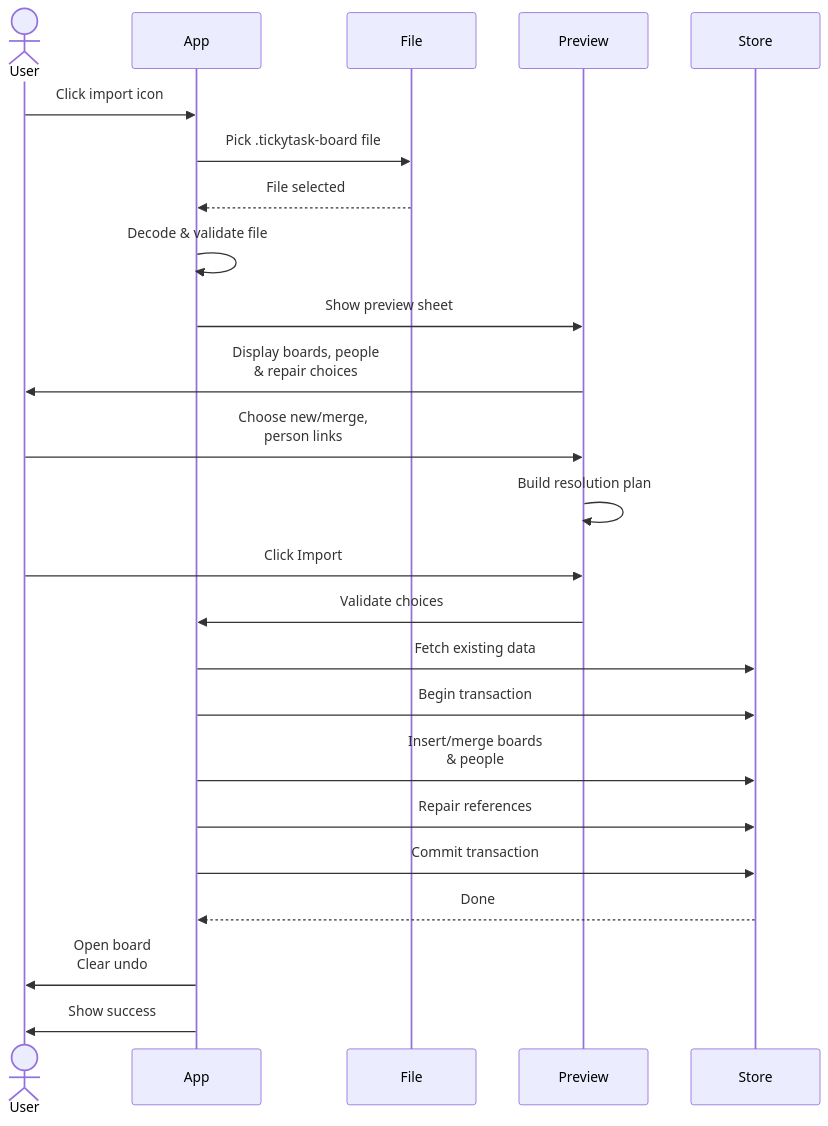
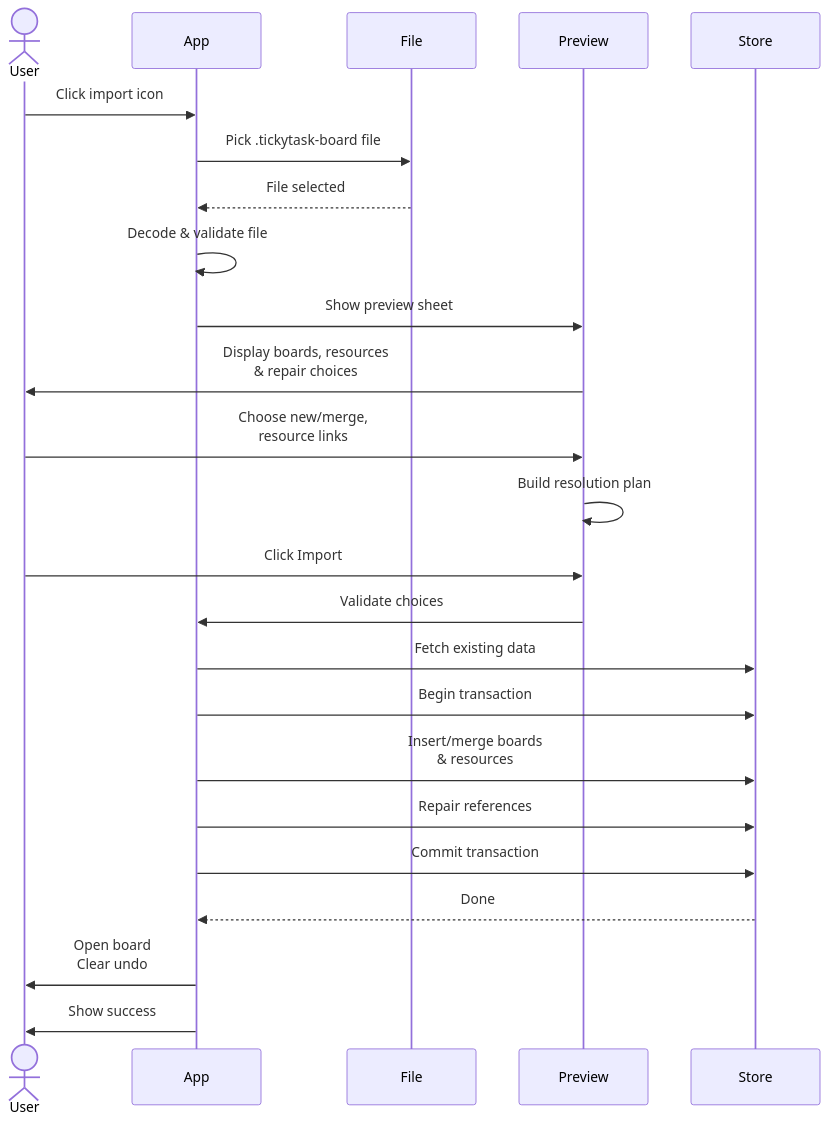
Before and after one commit to nikhilkomakula/ticky-task: the second of 3 diagrams in USER-GUIDE.md, drawn with Mermaid. The commit also changed other lines of this file and 20 other files, not shown here.

First line of the commit message:
Kanban says "resource" instead of person/people; Settings › Kanban › Show allocation in row headers

````diff
--- a/USER-GUIDE.md
+++ b/USER-GUIDE.md
@@ -288,27 +289,27 @@
 ```mermaid
 sequenceDiagram
     actor User
     participant App
     participant File
     participant Preview
     participant Store
     
     User->>App: Click import icon
     App->>File: Pick .tickytask-board file
     File-->>App: File selected
     App->>App: Decode & validate file
     App->>Preview: Show preview sheet
-    Preview->>User: Display boards, people<br/>& repair choices
-    User->>Preview: Choose new/merge,<br/>person links
+    Preview->>User: Display boards, resources<br/>& repair choices
+    User->>Preview: Choose new/merge,<br/>resource links
     Preview->>Preview: Build resolution plan
     User->>Preview: Click Import
     Preview->>App: Validate choices
     App->>Store: Fetch existing data
     App->>Store: Begin transaction
-    App->>Store: Insert/merge boards<br/>& people
+    App->>Store: Insert/merge boards<br/>& resources
     App->>Store: Repair references
     App->>Store: Commit transaction
     Store-->>App: Done
     App->>User: Open board<br/>Clear undo
     App->>User: Show success
 ```
````
